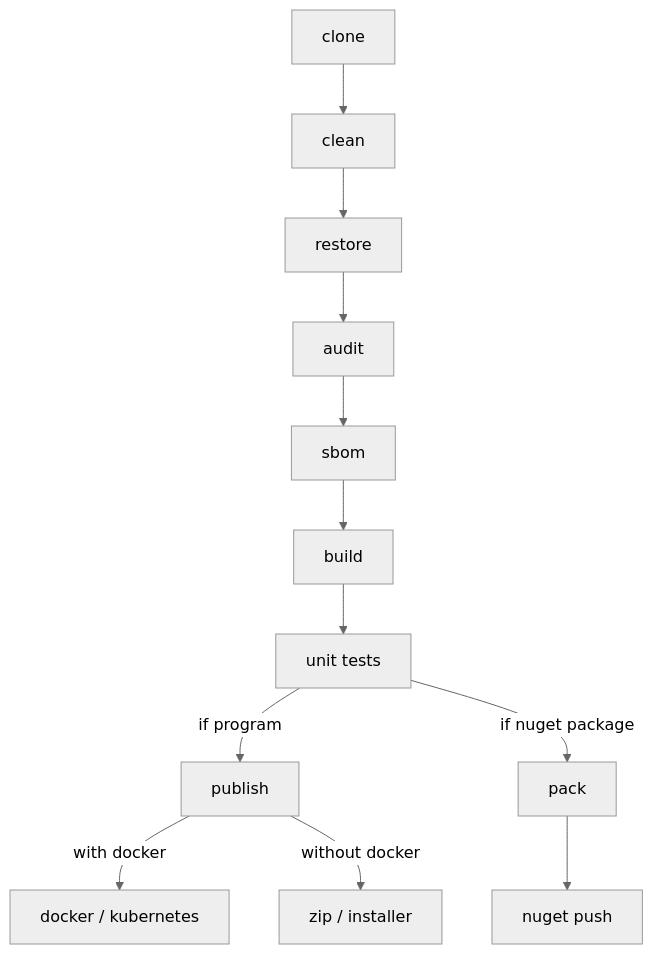
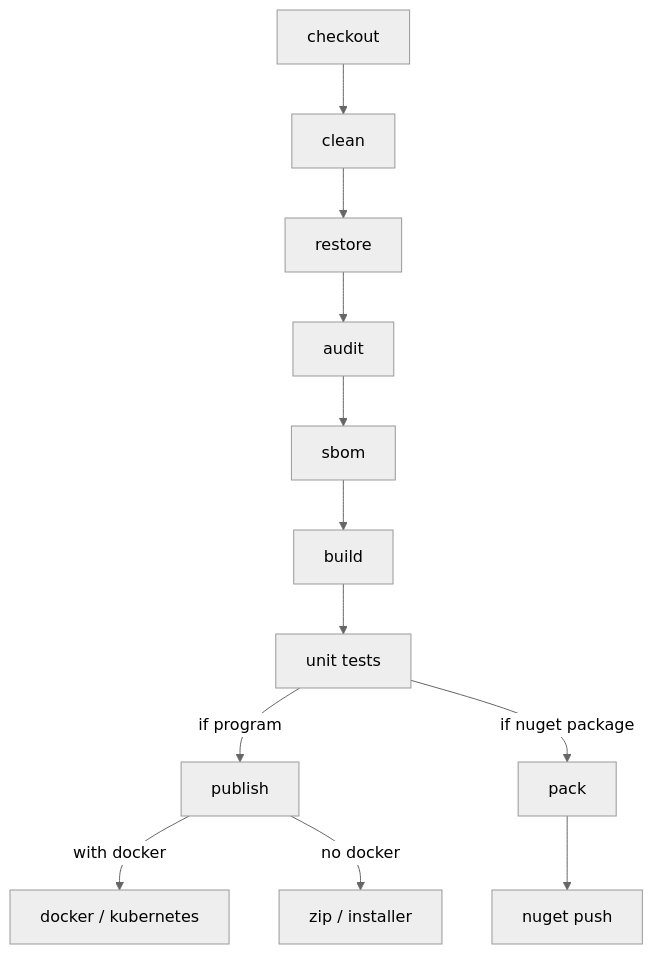
The diagram in src/posts/2024/04/pipelines-for-dotnet.md (alexandrehtrb/alexandrehtrb.github.io), drawn with Mermaid (neutral theme) before and after one commit. The commit also changed other lines of this file and 1 other file, not shown here.

````diff
--- a/src/posts/2024/04/pipelines-for-dotnet.md
+++ b/src/posts/2024/04/pipelines-for-dotnet.md
@@ -28,13 +28,13 @@
 ```mermaid
 flowchart TD
-    clone -->
+    checkout -->
     clean --> 
     restore -->
     audit -->
     sbom -->
     build -->
     unittests[unit tests]
     unittests --if program--> publish --with docker--> dockerk8s[docker / kubernetes]
-    publish --without docker--> zipinstaller[zip / installer]
+    publish --no docker--> zipinstaller[zip / installer]
     unittests --if nuget package--> pack --> nugetpush[nuget push]
 ```
````
